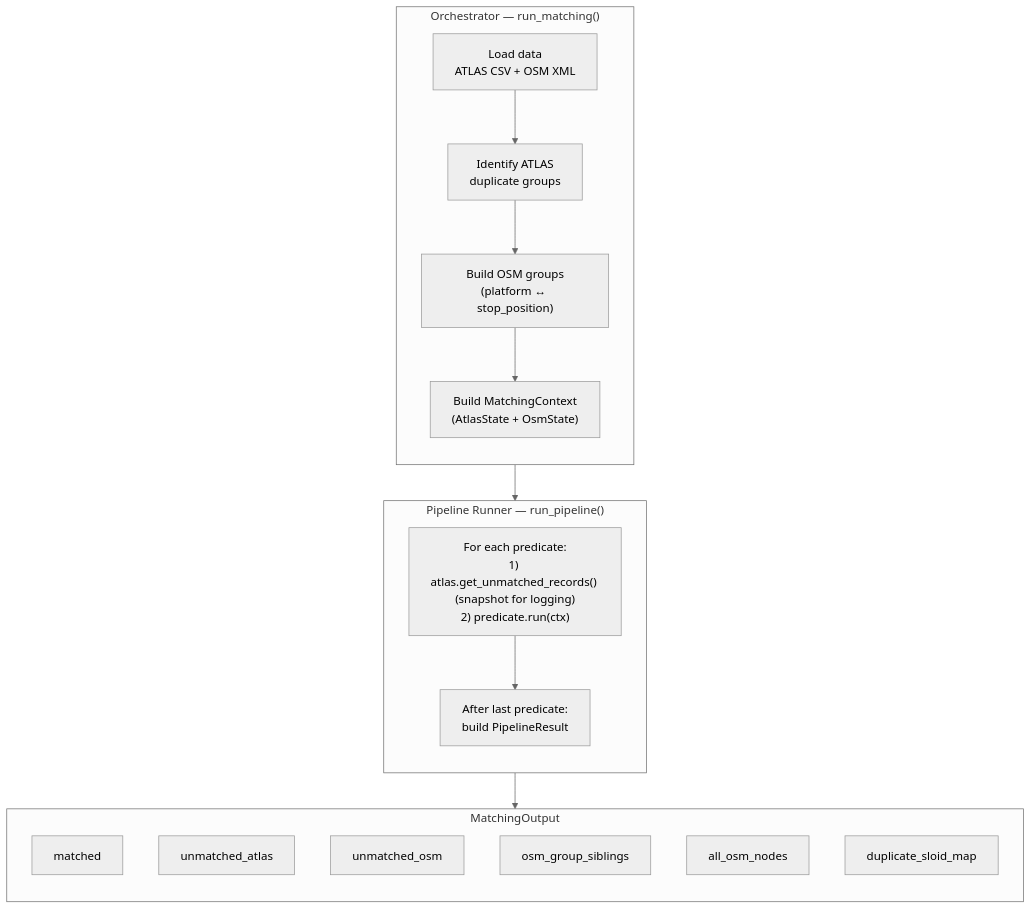
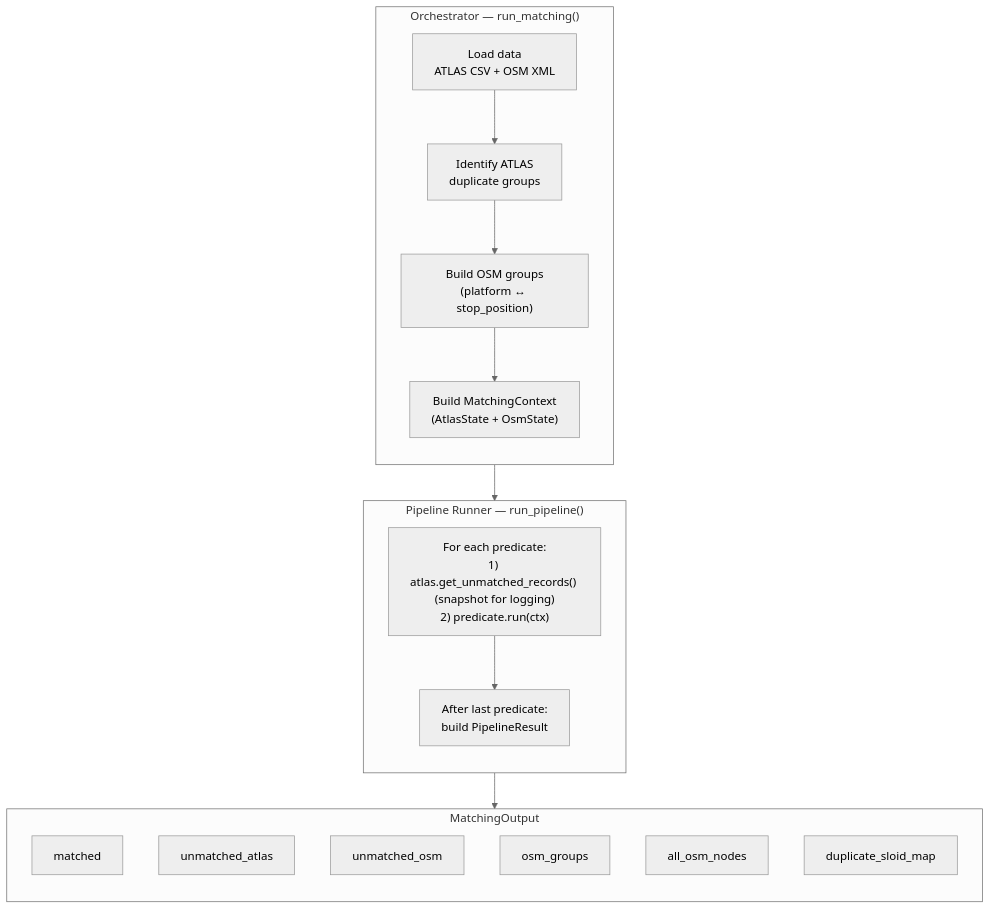
One commit to openTdataCH/stop_sync_osm_atlas changed the fourth of 5 diagrams in documentation/2. Matching process.md. Above: the diagram before and after it, drawn with Mermaid (neutral theme). The commit also changed other lines of this file and 15 other files, not shown here.

````diff
--- a/documentation/2. Matching process.md
+++ b/documentation/2. Matching process.md
@@ -286,32 +287,32 @@
 ```mermaid
 flowchart TB
     subgraph Orchestrator ["Orchestrator — run_matching()"]
         direction TB
         LOAD["Load data<br/>ATLAS CSV + OSM XML"]
         DUPS["Identify ATLAS<br/>duplicate groups"]
         GRP["Build OSM groups<br/>(platform ↔ stop_position)"]
         INIT["Build MatchingContext<br/>(AtlasState + OsmState)"]
         LOAD --> DUPS --> GRP --> INIT
     end
 
     INIT --> RUNNER
 
     subgraph RUNNER ["Pipeline Runner — run_pipeline()"]
         direction TB
         STEP["For each predicate:<br/>1) atlas.get_unmatched_records() (snapshot for logging)<br/>2) predicate.run(ctx)"]
         BUILD["After last predicate:<br/>build PipelineResult"]
         STEP --> BUILD
     end
 
     subgraph Output ["MatchingOutput"]
         direction TB
         M["matched"]
         UA["unmatched_atlas"]
         UO["unmatched_osm"]
-        GS["osm_group_siblings"]
+        GS["osm_groups"]
         AN["all_osm_nodes"]
         DM["duplicate_sloid_map"]
     end
 
     RUNNER --> Output
 ```
````
